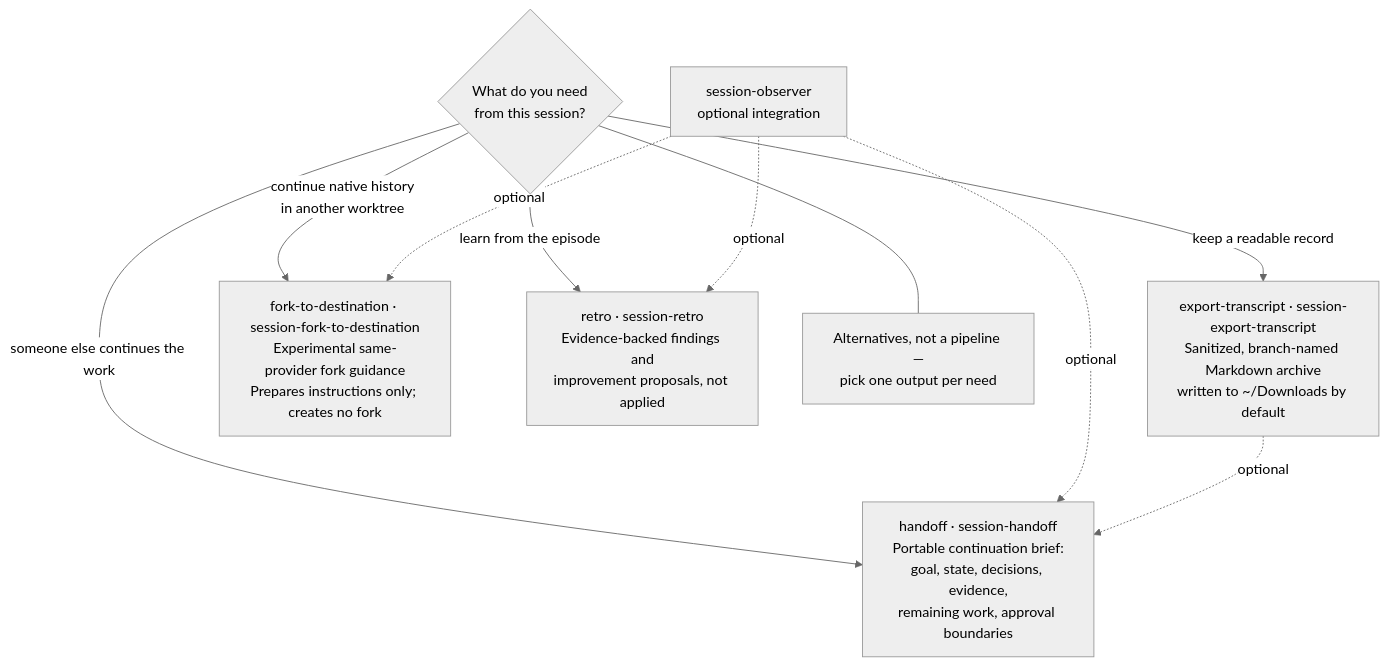
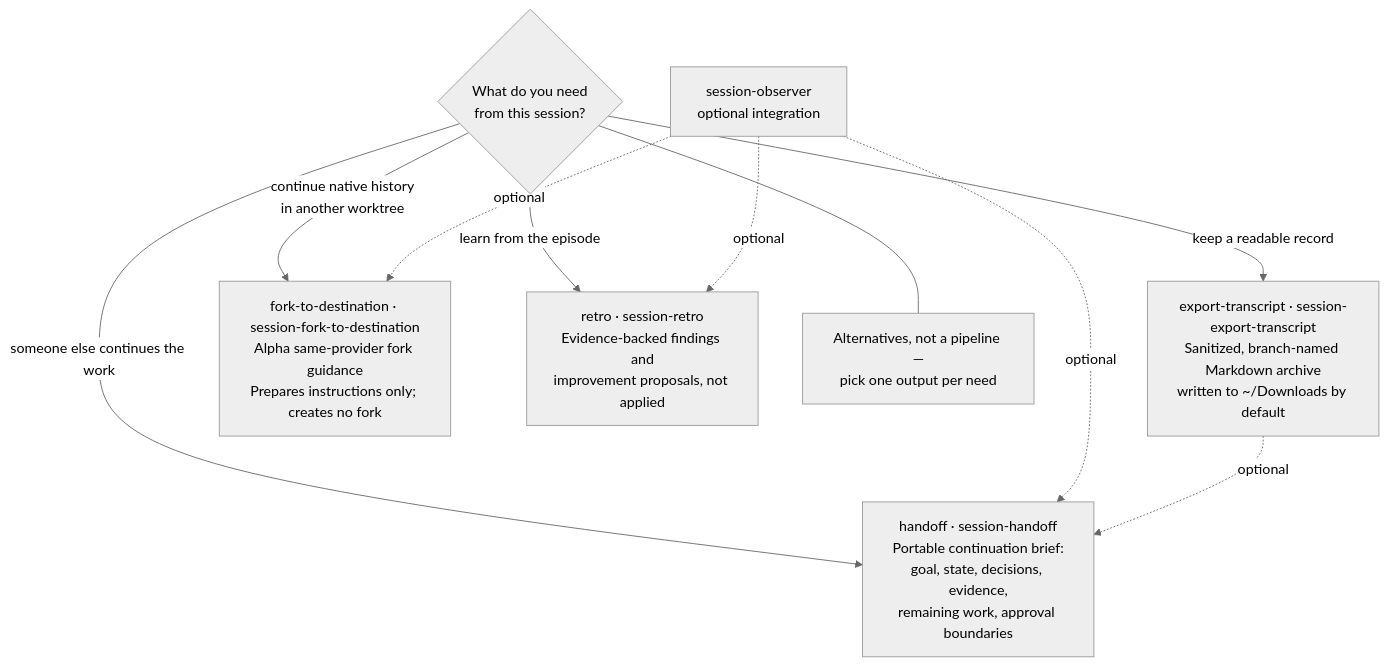
One commit to tkstang/skills changed the diagram in documentation/docs/user-guide/plugins/session/index.md. Above: the diagram before and after it, drawn with Mermaid (neutral theme). The commit also changed 1 other file, not shown here.

Commit message:
docs: use alpha in the session diagram and align the catalog recipe with its rendered pair
The Session choose-your-output diagram said experimental for
fork-to-destination; it now says alpha like the rest of the site. The
catalog's copyable SVG-plus-Mermaid recipe now carries the same full
Mermaid source as the rendered example beneath it.

````diff
--- a/documentation/docs/user-guide/plugins/session/index.md
+++ b/documentation/docs/user-guide/plugins/session/index.md
@@ -11,21 +11,21 @@
 ```mermaid
 flowchart TD
   Q{"What do you need<br/>from this session?"}
   H["handoff · session-handoff<br/>Portable continuation brief:<br/>goal, state, decisions, evidence,<br/>remaining work, approval boundaries"]
   E["export-transcript · session-export-transcript<br/>Sanitized, branch-named Markdown archive<br/>written to ~/Downloads by default"]
-  F["fork-to-destination · session-fork-to-destination<br/>Experimental same-provider fork guidance<br/>Prepares instructions only; creates no fork"]
+  F["fork-to-destination · session-fork-to-destination<br/>Alpha same-provider fork guidance<br/>Prepares instructions only; creates no fork"]
   R["retro · session-retro<br/>Evidence-backed findings and<br/>improvement proposals, not applied"]
   OBS["session-observer<br/>optional integration"]
 
   Q -->|"someone else continues the work"| H
   Q -->|"keep a readable record"| E
   Q -->|"continue native history<br/>in another worktree"| F
   Q -->|"learn from the episode"| R
   OBS -.->|optional| H
   OBS -.->|optional| R
   OBS -.->|optional| F
   E -.->|optional| H
 
   NOTE["Alternatives, not a pipeline —<br/>pick one output per need"]
   Q --- NOTE
 ```
````
